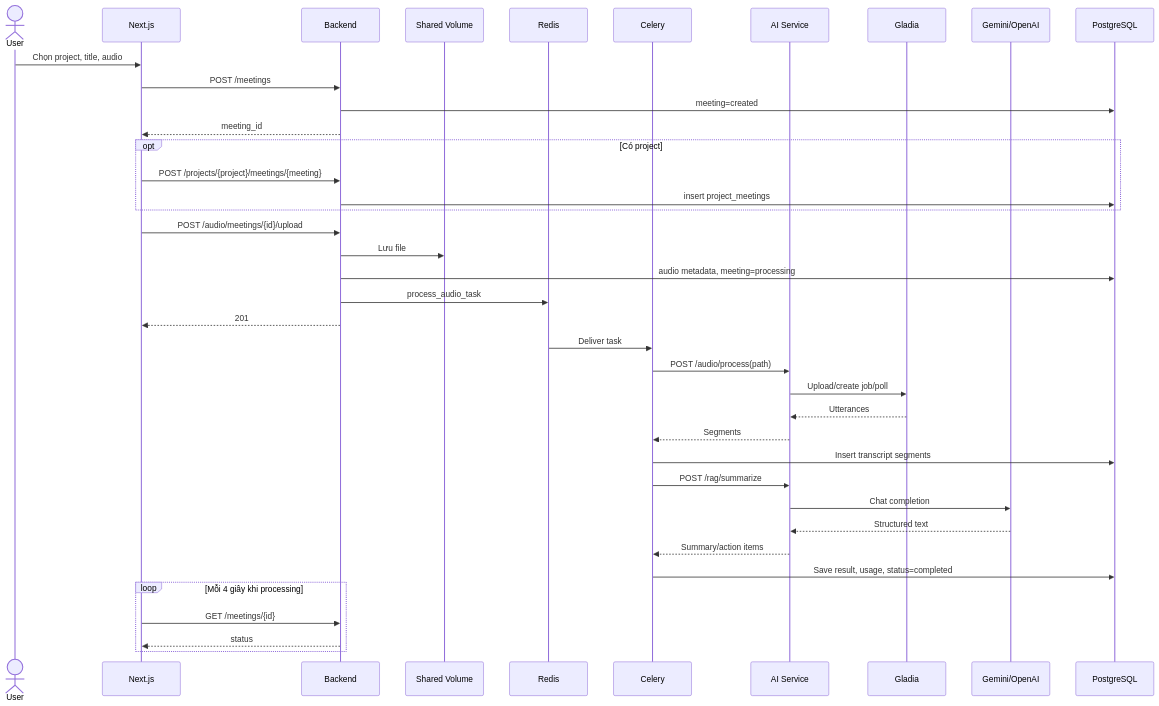
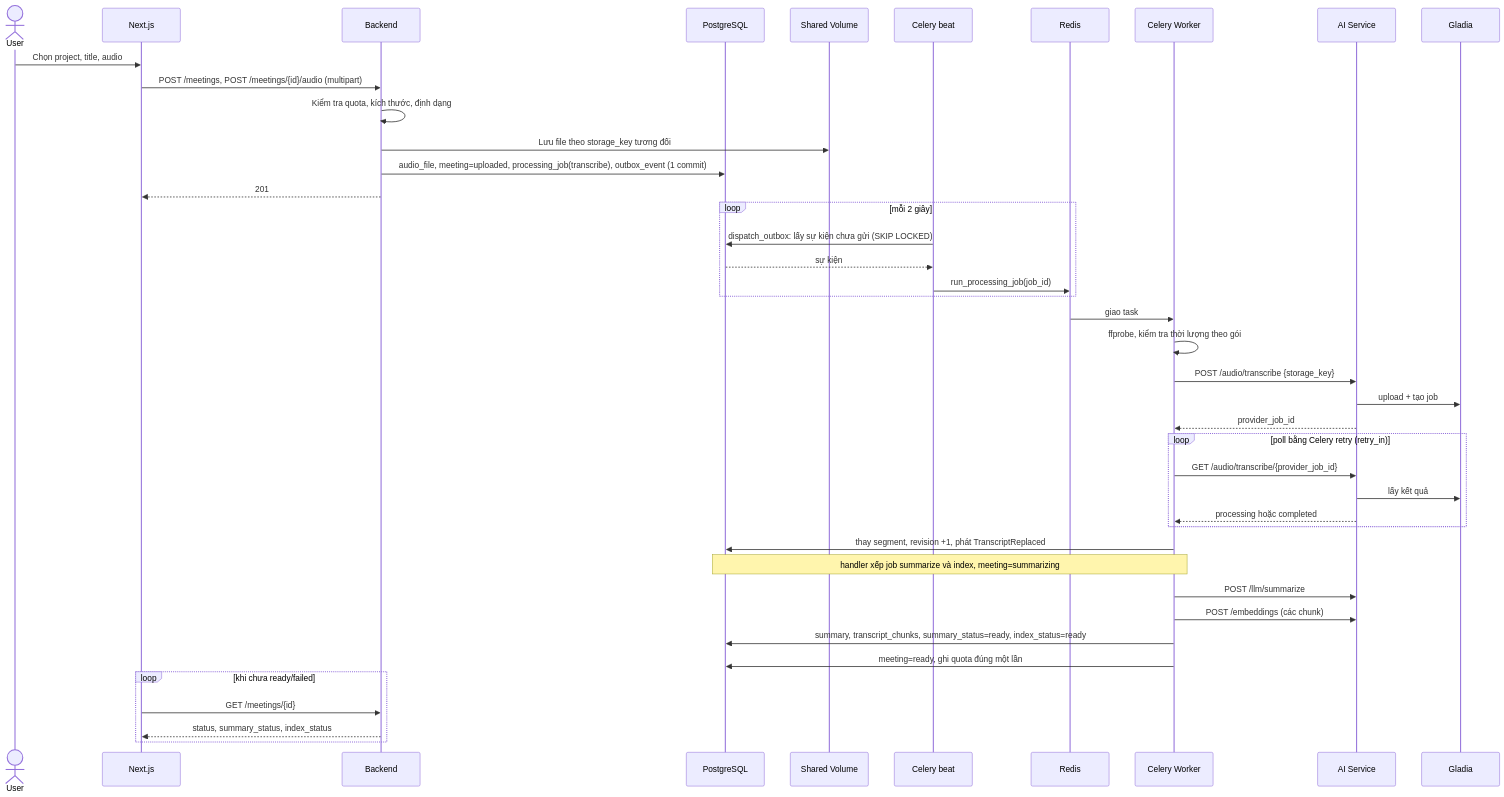
Before and after one commit to plxgplxgplxg/meeting-voice-assistant: the second of 9 diagrams in docs/03-architecture/sequence-diagrams.md, drawn with Mermaid. The commit also changed other lines of this file and 234 other files, not shown here.

````diff
--- a/docs/03-architecture/sequence-diagrams.md
+++ b/docs/03-architecture/sequence-diagrams.md
@@ -20,42 +24,48 @@
 ```mermaid
 sequenceDiagram
     actor U as User
     participant UI as Next.js
     participant API as Backend
+    participant DB as PostgreSQL
     participant FS as Shared Volume
+    participant Beat as Celery beat
     participant Q as Redis
-    participant W as Celery
+    participant W as Celery Worker
     participant AI as AI Service
     participant G as Gladia
-    participant L as Gemini/OpenAI
-    participant DB as PostgreSQL
 
     U->>UI: Chọn project, title, audio
-    UI->>API: POST /meetings
-    API->>DB: meeting=created
-    API-->>UI: meeting_id
-    opt Có project
-        UI->>API: POST /projects/{project}/meetings/{meeting}
-        API->>DB: insert project_meetings
+    UI->>API: POST /meetings, POST /meetings/{id}/audio (multipart)
+    API->>API: Kiểm tra quota, kích thước, định dạng
+    API->>FS: Lưu file theo storage_key tương đối
+    API->>DB: audio_file, meeting=uploaded, processing_job(transcribe), outbox_event (1 commit)
+    API-->>UI: 201
+
+    loop mỗi 2 giây
+        Beat->>DB: dispatch_outbox: lấy sự kiện chưa gửi (SKIP LOCKED)
+        DB-->>Beat: sự kiện
+        Beat->>Q: run_processing_job(job_id)
     end
-    UI->>API: POST /audio/meetings/{id}/upload
-    API->>FS: Lưu file
-    API->>DB: audio metadata, meeting=processing
-    API->>Q: process_audio_task
-    API-->>UI: 201
-    Q->>W: Deliver task
-    W->>AI: POST /audio/process(path)
-    AI->>G: Upload/create job/poll
-    G-->>AI: Utterances
-    AI-->>W: Segments
-    W->>DB: Insert transcript segments
-    W->>AI: POST /rag/summarize
-    AI->>L: Chat completion
-    L-->>AI: Structured text
-    AI-->>W: Summary/action items
-    W->>DB: Save result, usage, status=completed
-    loop Mỗi 4 giây khi processing
+
+    Q->>W: giao task
+    W->>W: ffprobe, kiểm tra thời lượng theo gói
+    W->>AI: POST /audio/transcribe {storage_key}
+    AI->>G: upload + tạo job
+    AI-->>W: provider_job_id
+    loop poll bằng Celery retry (retry_in)
+        W->>AI: GET /audio/transcribe/{provider_job_id}
+        AI->>G: lấy kết quả
+        AI-->>W: processing hoặc completed
+    end
+    W->>DB: thay segment, revision +1, phát TranscriptReplaced
+    Note over W,DB: handler xếp job summarize và index, meeting=summarizing
+    W->>AI: POST /llm/summarize
+    W->>AI: POST /embeddings (các chunk)
+    W->>DB: summary, transcript_chunks, summary_status=ready, index_status=ready
+    W->>DB: meeting=ready, ghi quota đúng một lần
+
+    loop khi chưa ready/failed
         UI->>API: GET /meetings/{id}
-        API-->>UI: status
+        API-->>UI: status, summary_status, index_status
     end
 ```
````
